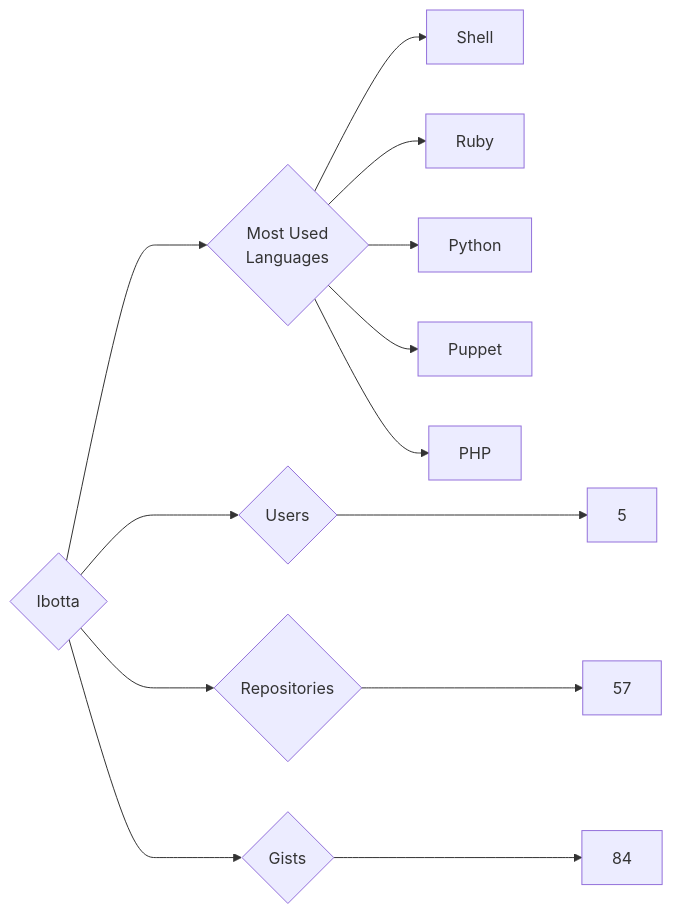
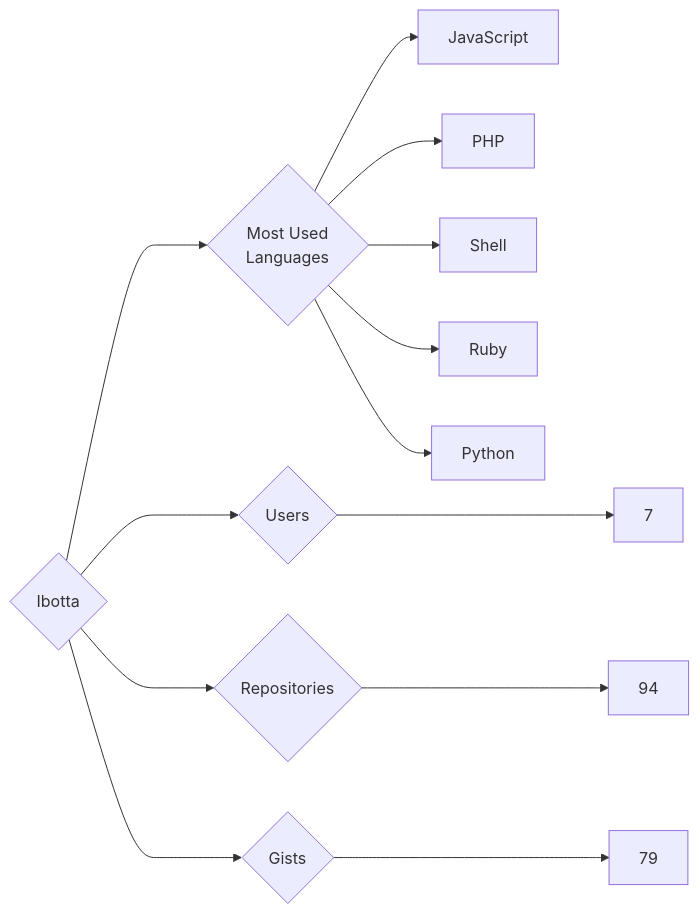
One commit to trickest/insiders changed the diagram in targets/Ibotta/README.md. Above: the diagram before and after it, drawn with Mermaid. The commit also changed 847 other files, not shown here.

````diff
--- a/targets/Ibotta/README.md
+++ b/targets/Ibotta/README.md
@@ -3,13 +3,13 @@
 ```mermaid
 graph LR
 COMPANY_NAME{Ibotta}
-COMPANY_NAME ---> U{Users} ---> UN[5]
-COMPANY_NAME ---> R{Repositories} ---> RN[57]
-COMPANY_NAME ---> G{Gists} ---> GN[84]
+COMPANY_NAME ---> U{Users} ---> UN[7]
+COMPANY_NAME ---> R{Repositories} ---> RN[94]
+COMPANY_NAME ---> G{Gists} ---> GN[79]
 COMPANY_NAME ---> ML{Most Used<br>Languages}
+ML --> JavaScript[JavaScript]
+ML --> PHP[PHP]
 ML --> Shell[Shell]
 ML --> Ruby[Ruby]
 ML --> Python[Python]
-ML --> Puppet[Puppet]
-ML --> PHP[PHP]
 ```
````
